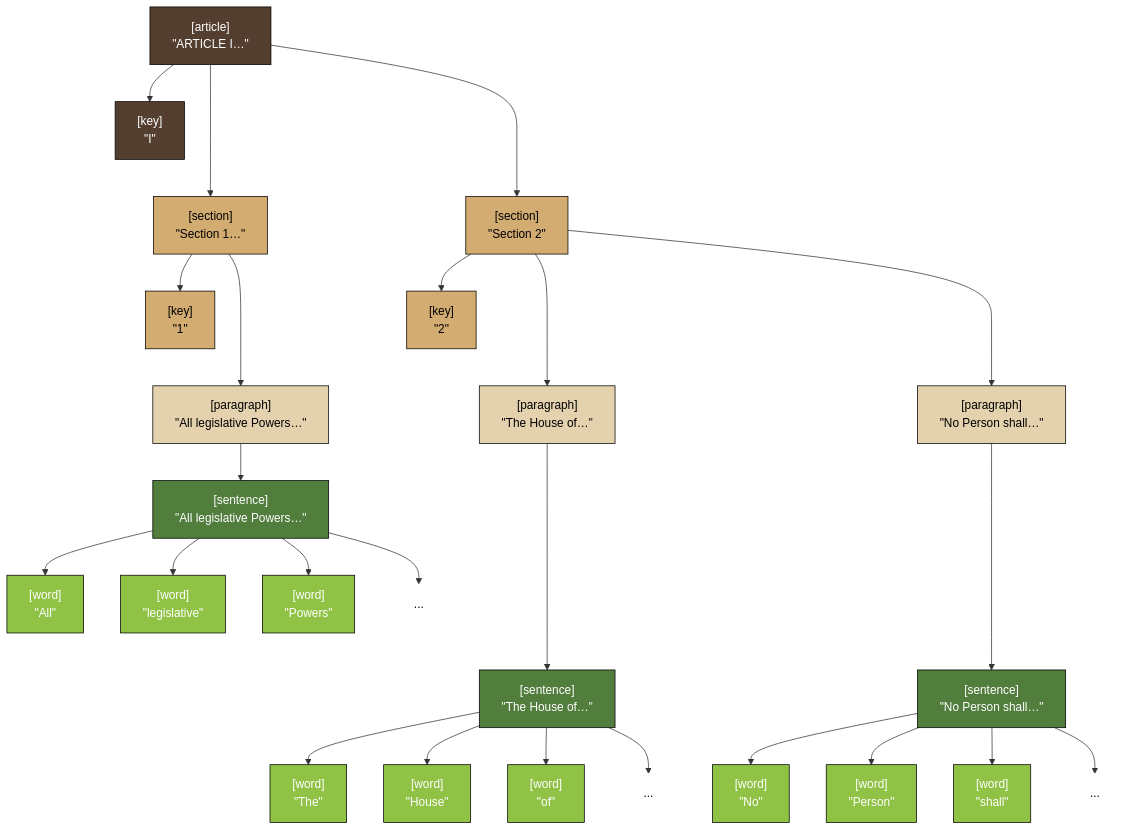
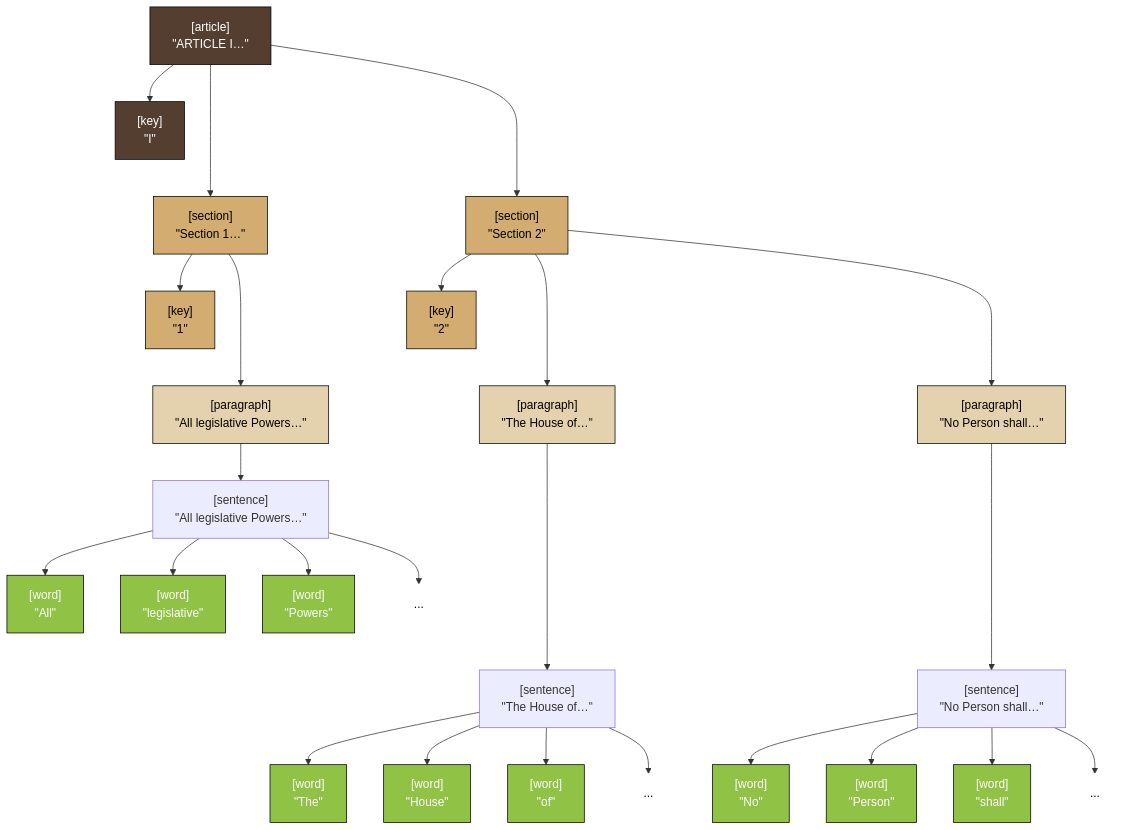
The diagram in README.md (rlayers/pawpaw), drawn with Mermaid before and after one commit. The commit also changed 1 other file, not shown here.

Commit message:
Updated docs; graphs

````diff
--- a/README.md
+++ b/README.md
@@ -83,36 +83,35 @@
 ```mermaid
 graph TD;
-    A1["[article]<br/>#quot;ARTICLE I…#quot;"]:::article --> A1_k["[key]<br/>#quot;I#quot;"]:::article;
-    A1--->Sc1["[section]<br/>#quot;Section 1…#quot;"]:::section;
-    Sc1-->Sc1_k["[key]<br/>#quot;1#quot;"]:::section
-    Sc1--->Sc1_p1["[paragraph]<br/>#quot;All legislative Powers…#quot;"]:::paragraph
-    Sc1_p1-->Sc1_p1_s1["[sentence]<br/>#quot;All legislative Powers…#quot;"]:::sentence
-    Sc1_p1_s1-->Sc1_p1_s1_w1["[word]<br/>#quot;All#quot;"]:::word
-    Sc1_p1_s1-->Sc1_p1_s1_w2["[word]<br/>#quot;legislative#quot;"]:::word
-    Sc1_p1_s1-->Sc1_p1_s1_w3["[word]<br/>#quot;Powers#quot;"]:::word
-    Sc1_p1_s1-->Sc1_p1_s1_w4["..."]:::ellipsis
-    
-    A1--->Sc2["[section]<br/>#quot;Section 2#quot;"]:::section;
-    Sc2-->Sc2_k["[key]<br/>#quot;2#quot;"]:::section
-    Sc2--->Sc2_p1["[paragraph]<br/>#quot;The House of…#quot;"]:::paragraph
-    Sc2_p1---->Sc2_p1_s1["[sentence]<br/>#quot;The House of…#quot;"]:::sentence
-    Sc2_p1_s1-->Sc2_p1_s1_w1["[word]<br/>#quot;The#quot;"]:::word
-    Sc2_p1_s1-->Sc2_p1_s1_w2["[word]<br/>#quot;House#quot;"]:::word
-    Sc2_p1_s1-->Sc2_p1_s1_w3["[word]<br/>#quot;of#quot;"]:::word
-    Sc2_p1_s1-->Sc2_p1_s1_w4["..."]:::ellipsis
-    Sc2--->Sc2_p2["[paragraph]<br/>#quot;No Person shall…#quot;"]:::paragraph
-    Sc2_p2---->Sc2_p2_s1["[sentence]<br/>#quot;No Person shall…#quot;"]:::sentence
-    Sc2_p2_s1-->Sc2_p2_s1_w1["[word]<br/>#quot;No#quot;"]:::word
-    Sc2_p2_s1-->Sc2_p2_s1_w2["[word]<br/>#quot;Person#quot;"]:::word
-    Sc2_p2_s1-->Sc2_p2_s1_w3["[word]<br/>#quot;shall#quot;"]:::word
-    Sc2_p2_s1-->Sc2_p2_s1_w4["..."]:::ellipsis
-    
-    
-    classDef article fill:#533E30,stroke:#000000,color:#FFFFFF;
-    classDef key fill:#533E30,stroke:#000000,color:#FFFFFF;
-    classDef section fill:#D2AC70,stroke:#000000,color:#000000;
-    classDef paragraph fill:#E4D1AE,stroke:#000000,color:#000000;
-    classDef sentence fill:#517D3D,stroke:#000000,color:#FFFFFF;
-    classDef word fill:#90C246,stroke:#000000,color:#FFFFFF;
-    classDef ellipsis fill:#FFFFFF,stroke:#FFFFFF,color:#000000;
+  A1["[article]<br/>#quot;ARTICLE I…#quot;"]:::dark_brown --> A1_k["[key]<br/>#quot;I#quot;"]:::dark_brown;
+  A1--->Sc1["[section]<br/>#quot;Section 1…#quot;"]:::light_brown;
+  Sc1-->Sc1_k["[key]<br/>#quot;1#quot;"]:::light_brown
+  Sc1--->Sc1_p1["[paragraph]<br/>#quot;All legislative Powers…#quot;"]:::peach
+  Sc1_p1-->Sc1_p1_s1["[sentence]<br/>#quot;All legislative Powers…#quot;"]:::sentence
+  Sc1_p1_s1-->Sc1_p1_s1_w1["[word]<br/>#quot;All#quot;"]:::light_green
+  Sc1_p1_s1-->Sc1_p1_s1_w2["[word]<br/>#quot;legislative#quot;"]:::light_green
+  Sc1_p1_s1-->Sc1_p1_s1_w3["[word]<br/>#quot;Powers#quot;"]:::light_green
+  Sc1_p1_s1-->Sc1_p1_s1_w4["..."]:::ellipsis
+
+  A1--->Sc2["[section]<br/>#quot;Section 2#quot;"]:::light_brown;
+  Sc2-->Sc2_k["[key]<br/>#quot;2#quot;"]:::light_brown
+  Sc2--->Sc2_p1["[paragraph]<br/>#quot;The House of…#quot;"]:::peach
+  Sc2_p1---->Sc2_p1_s1["[sentence]<br/>#quot;The House of…#quot;"]:::sentence
+  Sc2_p1_s1-->Sc2_p1_s1_w1["[word]<br/>#quot;The#quot;"]:::light_green
+  Sc2_p1_s1-->Sc2_p1_s1_w2["[word]<br/>#quot;House#quot;"]:::light_green
+  Sc2_p1_s1-->Sc2_p1_s1_w3["[word]<br/>#quot;of#quot;"]:::light_green
+  Sc2_p1_s1-->Sc2_p1_s1_w4["..."]:::ellipsis
+  Sc2--->Sc2_p2["[paragraph]<br/>#quot;No Person shall…#quot;"]:::peach
+  Sc2_p2---->Sc2_p2_s1["[sentence]<br/>#quot;No Person shall…#quot;"]:::sentence
+  Sc2_p2_s1-->Sc2_p2_s1_w1["[word]<br/>#quot;No#quot;"]:::light_green
+  Sc2_p2_s1-->Sc2_p2_s1_w2["[word]<br/>#quot;Person#quot;"]:::light_green
+  Sc2_p2_s1-->Sc2_p2_s1_w3["[word]<br/>#quot;shall#quot;"]:::light_green
+  Sc2_p2_s1-->Sc2_p2_s1_w4["..."]:::ellipsis
+
+  classDef dark_brown fill:#533E30,stroke:#000000,color:#FFFFFF;
+  classDef light_brown fill:#D2AC70,stroke:#000000,color:#000000;
+  classDef peach fill:#E4D1AE,stroke:#000000,color:#000000;
+  classDef dark_green fill:#517D3D,stroke:#000000,color:#FFFFFF;
+  classDef light_green fill:#90C246,stroke:#000000,color:#FFFFFF;
+
+  classDef ellipsis fill:#FFFFFF,stroke:#FFFFFF,color:#000000;
 ```
````
